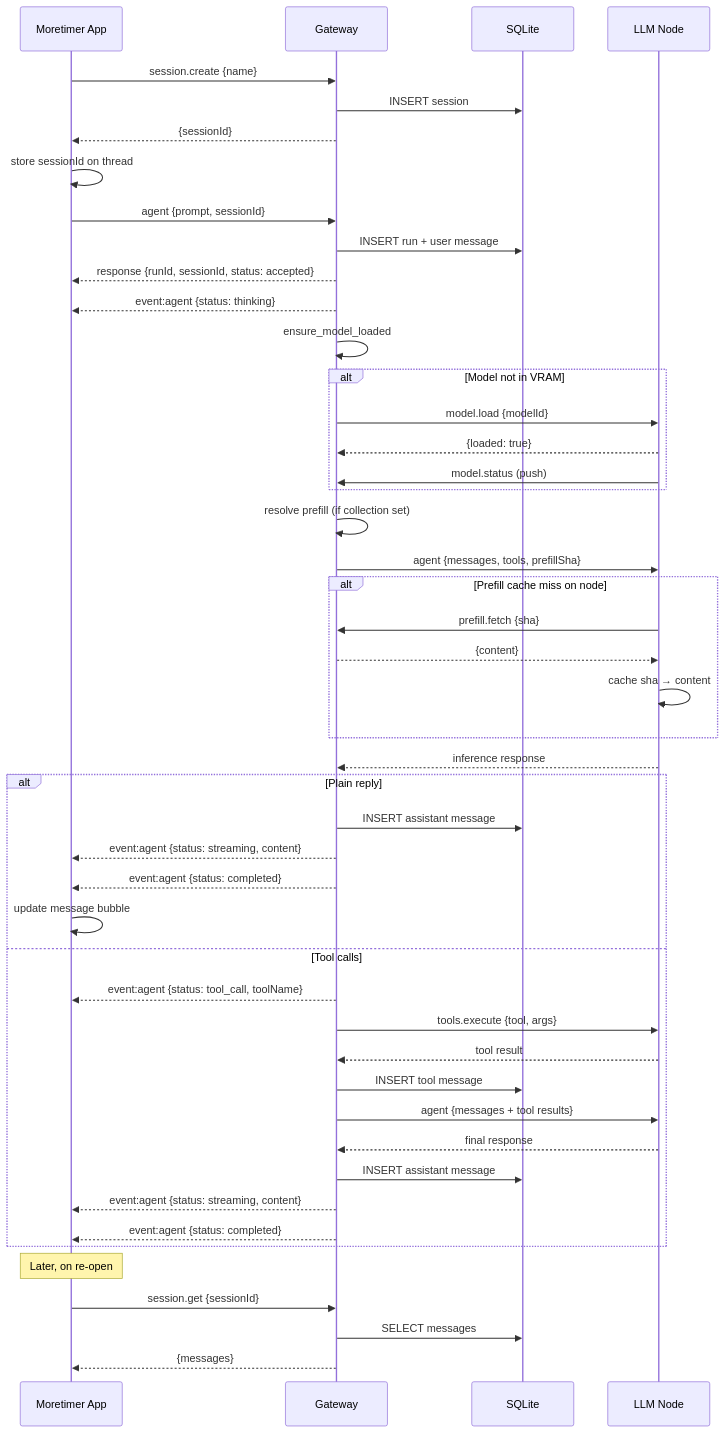
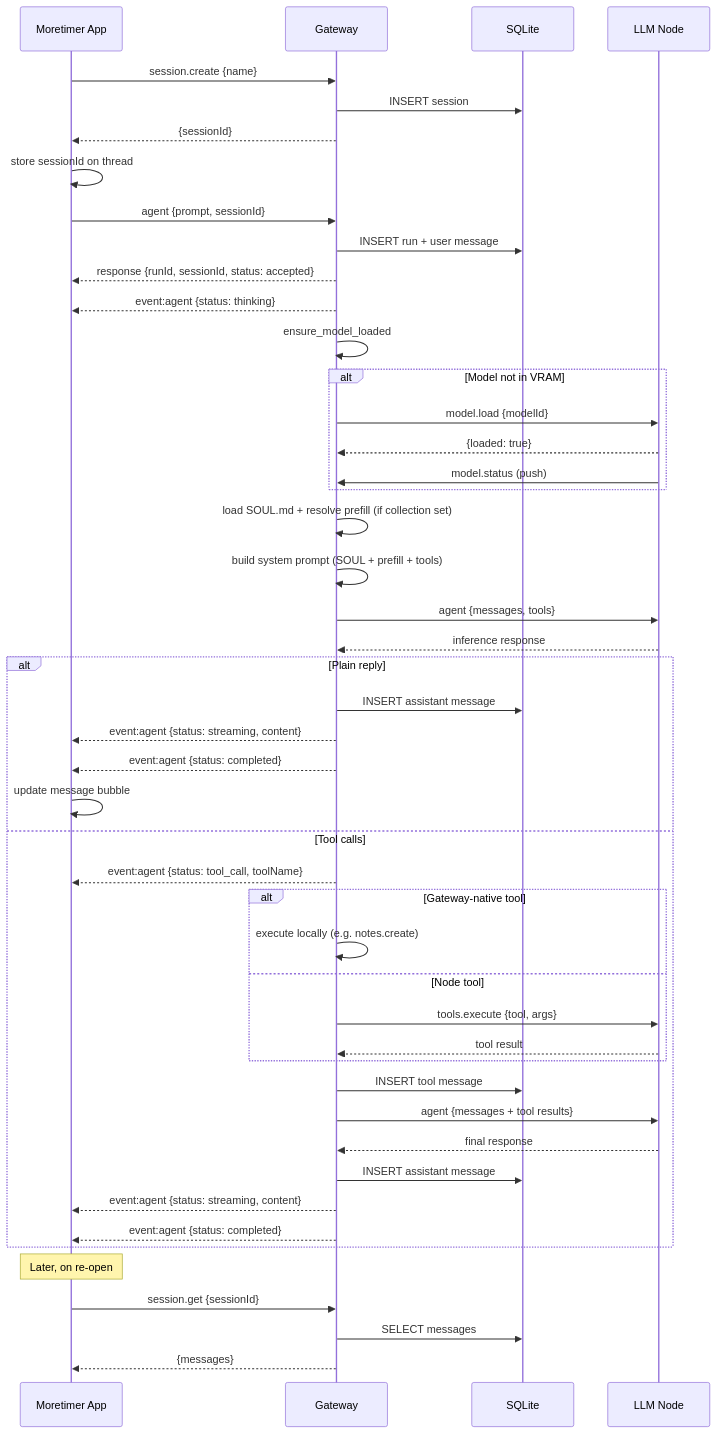
One commit to thiezn/NEXO changed the fourth of 5 diagrams in docs/src/nexo/agent.md. Above: the diagram before and after it, drawn with Mermaid. The commit also changed other lines of this file and 39 other files, not shown here.

````diff
--- a/docs/src/nexo/agent.md
+++ b/docs/src/nexo/agent.md
@@ -130,57 +130,56 @@
 ```mermaid
 sequenceDiagram
     participant App as Moretimer App
     participant GW as Gateway
     participant DB as SQLite
     participant Node as LLM Node
 
     App->>GW: session.create {name}
     GW->>DB: INSERT session
     GW-->>App: {sessionId}
     App->>App: store sessionId on thread
 
     App->>GW: agent {prompt, sessionId}
     GW->>DB: INSERT run + user message
     GW-->>App: response {runId, sessionId, status: accepted}
     GW-->>App: event:agent {status: thinking}
 
     GW->>GW: ensure_model_loaded
     alt Model not in VRAM
         GW->>Node: model.load {modelId}
         Node-->>GW: {loaded: true}
         Node->>GW: model.status (push)
     end
 
-    GW->>GW: resolve prefill (if collection set)
-    GW->>Node: agent {messages, tools, prefillSha}
-
-    alt Prefill cache miss on node
-        Node->>GW: prefill.fetch {sha}
-        GW-->>Node: {content}
-        Node->>Node: cache sha → content
-    end
+    GW->>GW: load SOUL.md + resolve prefill (if collection set)
+    GW->>GW: build system prompt (SOUL + prefill + tools)
+    GW->>Node: agent {messages, tools}
 
     Node-->>GW: inference response
 
     alt Plain reply
         GW->>DB: INSERT assistant message
         GW-->>App: event:agent {status: streaming, content}
         GW-->>App: event:agent {status: completed}
         App->>App: update message bubble
     else Tool calls
         GW-->>App: event:agent {status: tool_call, toolName}
-        GW->>Node: tools.execute {tool, args}
-        Node-->>GW: tool result
+        alt Gateway-native tool
+            GW->>GW: execute locally (e.g. notes.create)
+        else Node tool
+            GW->>Node: tools.execute {tool, args}
+            Node-->>GW: tool result
+        end
         GW->>DB: INSERT tool message
         GW->>Node: agent {messages + tool results}
         Node-->>GW: final response
         GW->>DB: INSERT assistant message
         GW-->>App: event:agent {status: streaming, content}
         GW-->>App: event:agent {status: completed}
     end
 
     Note over App: Later, on re-open
     App->>GW: session.get {sessionId}
     GW->>DB: SELECT messages
     GW-->>App: {messages}
 ```
````
